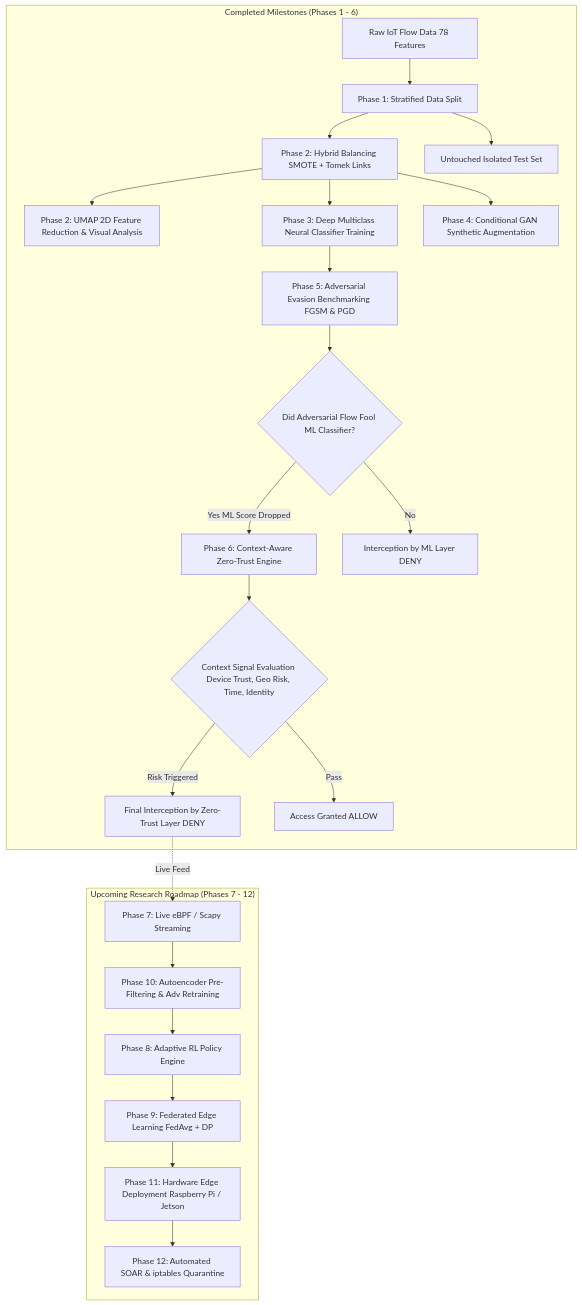
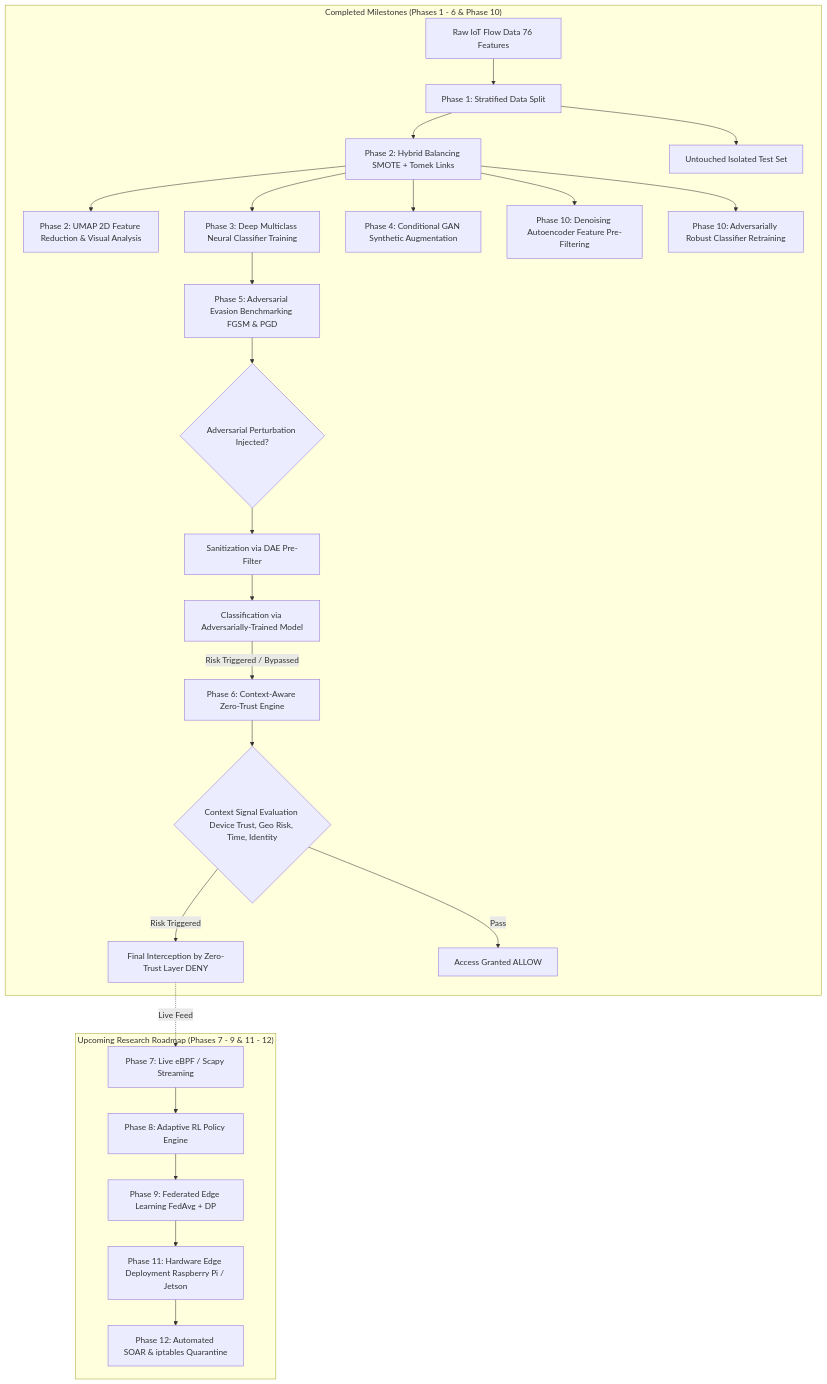
The diagram in README.md (ShauryaArvind/IOT_Research), drawn with Mermaid before and after one commit. The commit also changed other lines of this file and 8 other files, not shown here.

Commit message:
feat(phase10): implement DAE pre-filtering, adversarial retraining, and defense benchmark

````diff
--- a/README.md
+++ b/README.md
@@ -21,32 +21,34 @@
 ```mermaid
 flowchart TD
-    subgraph COMPLETED ["Completed Milestones (Phases 1 - 6)"]
-        A[Raw IoT Flow Data 78 Features] --> B[Phase 1: Stratified Data Split]
+    subgraph COMPLETED ["Completed Milestones (Phases 1 - 6 & Phase 10)"]
+        A[Raw IoT Flow Data 76 Features] --> B[Phase 1: Stratified Data Split]
         B --> C[Phase 2: Hybrid Balancing SMOTE + Tomek Links]
         B --> D[Untouched Isolated Test Set]
         
         C --> E[Phase 2: UMAP 2D Feature Reduction & Visual Analysis]
         C --> F[Phase 3: Deep Multiclass Neural Classifier Training]
         C --> G[Phase 4: Conditional GAN Synthetic Augmentation]
         
         F --> H[Phase 5: Adversarial Evasion Benchmarking FGSM & PGD]
-        H --> I{Did Adversarial Flow Fool ML Classifier?}
+        C --> H1[Phase 10: Denoising Autoencoder Feature Pre-Filtering]
+        C --> H2[Phase 10: Adversarially Robust Classifier Retraining]
         
-        I -- Yes ML Score Dropped --> J[Phase 6: Context-Aware Zero-Trust Engine]
-        I -- No --> K[Interception by ML Layer DENY]
+        H --> I{Adversarial Perturbation Injected?}
+        I --> J1[Sanitization via DAE Pre-Filter]
+        J1 --> J2[Classification via Adversarially-Trained Model]
         
-        J --> L{Context Signal Evaluation Device Trust, Geo Risk, Time, Identity}
+        J2 -- Risk Triggered / Bypassed --> K[Phase 6: Context-Aware Zero-Trust Engine]
+        K --> L{Context Signal Evaluation Device Trust, Geo Risk, Time, Identity}
         L -- Risk Triggered --> M[Final Interception by Zero-Trust Layer DENY]
         L -- Pass --> N[Access Granted ALLOW]
     end
 
-    subgraph UPCOMING ["Upcoming Research Roadmap (Phases 7 - 12)"]
-        O[Phase 7: Live eBPF / Scapy Streaming] --> P[Phase 10: Autoencoder Pre-Filtering & Adv Retraining]
-        P --> Q[Phase 8: Adaptive RL Policy Engine]
+    subgraph UPCOMING ["Upcoming Research Roadmap (Phases 7 - 9 & 11 - 12)"]
+        O[Phase 7: Live eBPF / Scapy Streaming] --> Q[Phase 8: Adaptive RL Policy Engine]
         Q --> R[Phase 9: Federated Edge Learning FedAvg + DP]
         R --> S[Phase 11: Hardware Edge Deployment Raspberry Pi / Jetson]
         S --> T[Phase 12: Automated SOAR & iptables Quarantine]
     end
 
     M -. Live Feed .-> O
 ```
````
